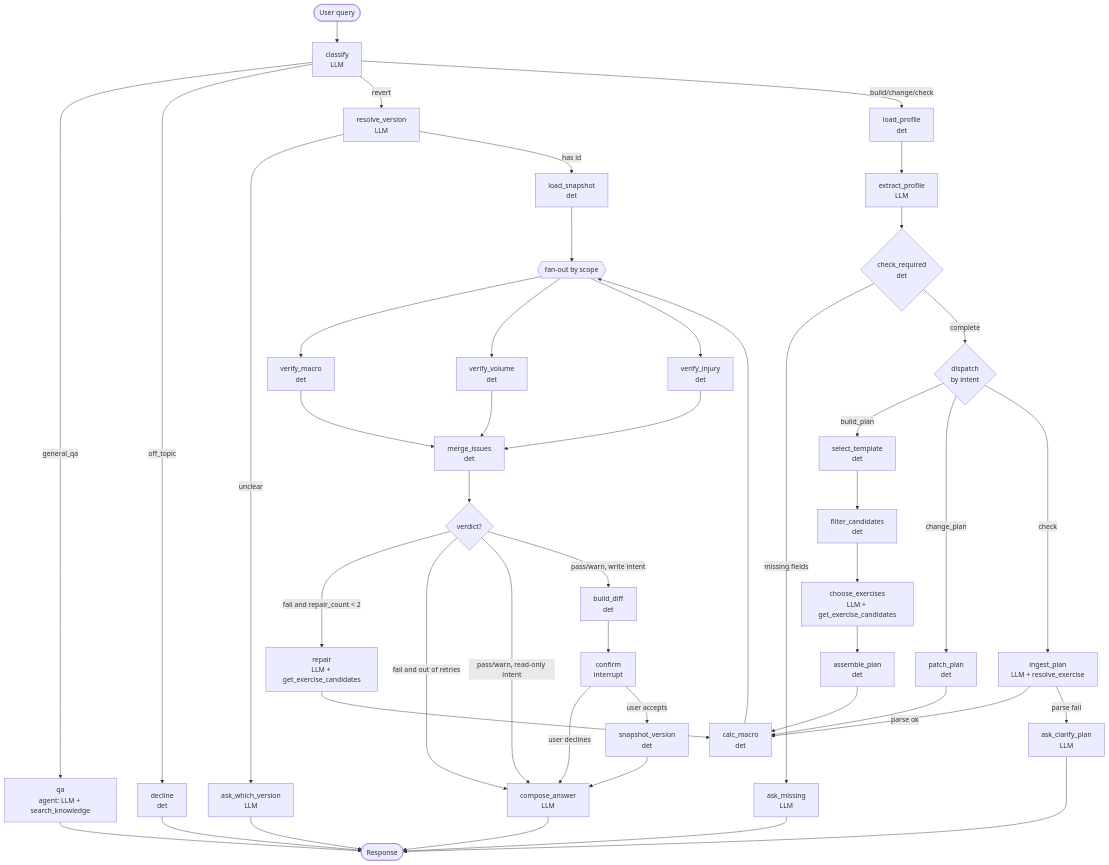
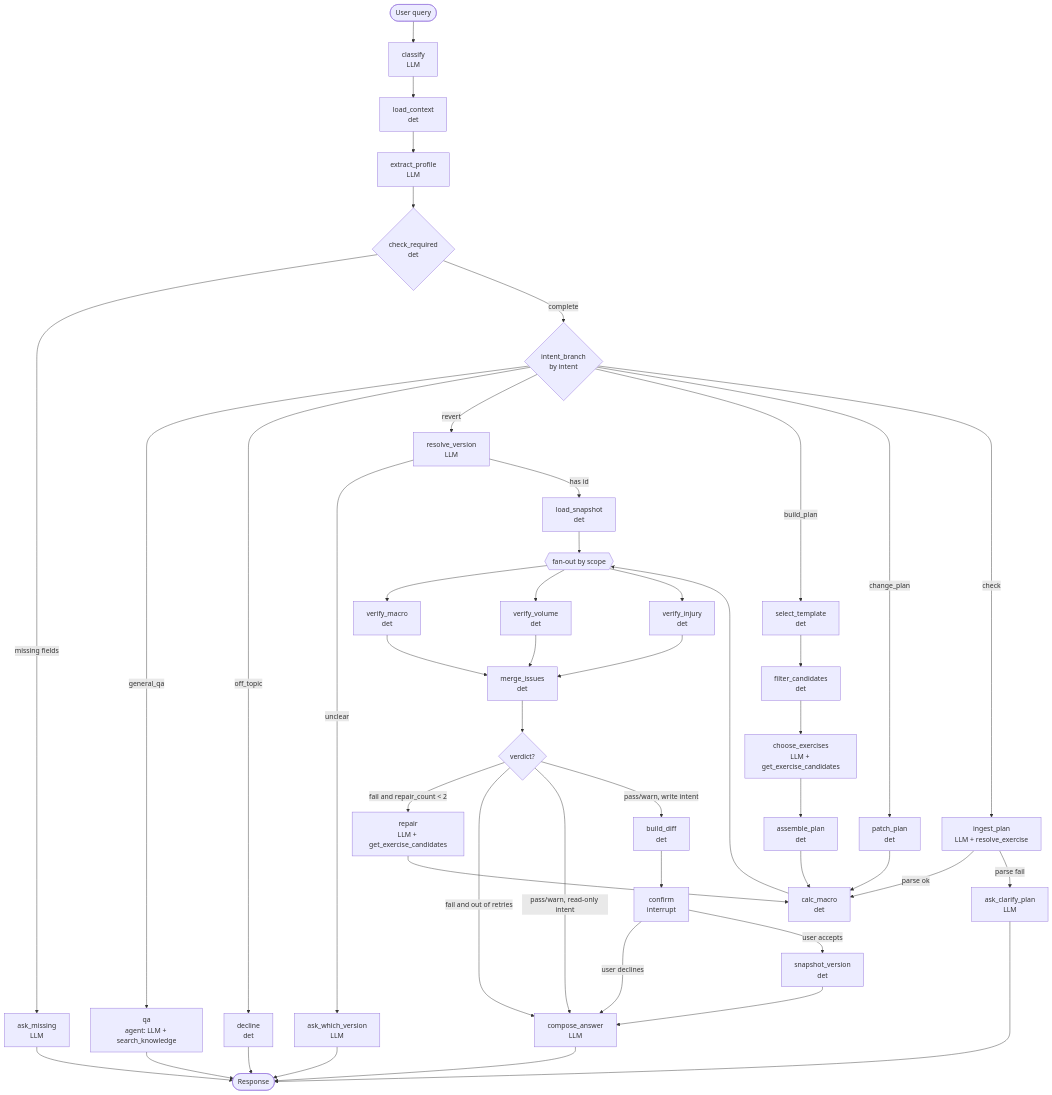
The first of 7 diagrams in docs/workflow.md (hoanhoang-agilityio/Assistant-Learning), drawn with Mermaid before and after one commit. The commit also changed other lines of this file and 3 other files, not shown here.

````diff
--- a/docs/workflow.md
+++ b/docs/workflow.md
@@ -213,59 +221,58 @@
 ```mermaid
 flowchart TD
     START([User query]) --> CLS["classify<br/>LLM"]
 
-    CLS -->|general_qa| QA["qa<br/>agent: LLM + search_knowledge"]
-    CLS -->|off_topic| DECL["decline<br/>det"]
-    CLS -->|revert| RESV["resolve_version<br/>LLM"]
-    CLS -->|build/change/check| LOADP["load_profile<br/>det"]
+    CLS --> LOADC["load_context<br/>det"]
+    LOADC --> EXTP["extract_profile<br/>LLM"]
+    EXTP --> CHKR{"check_required<br/>det"}
+    CHKR -->|missing fields| ASKM["ask_missing<br/>LLM"]
+    ASKM --> OUT
+    CHKR -->|complete| BRANCH{"intent_branch<br/>by intent"}
+
+    BRANCH -->|general_qa| QA["qa<br/>agent: LLM + search_knowledge"]
+    BRANCH -->|off_topic| DECL["decline<br/>det"]
+    BRANCH -->|revert| RESV["resolve_version<br/>LLM"]
+    BRANCH -->|build_plan| SELT["select_template<br/>det"]
+    BRANCH -->|change_plan| PATCH["patch_plan<br/>det"]
+    BRANCH -->|check| ING["ingest_plan<br/>LLM + resolve_exercise"]
 
     QA --> OUT
     DECL --> OUT
 
     RESV -->|unclear| ASKV["ask_which_version<br/>LLM"]
     RESV -->|has id| LOADS["load_snapshot<br/>det"]
     ASKV --> OUT
     LOADS --> GATE
-
-    LOADP --> EXTP["extract_profile<br/>LLM"]
-    EXTP --> CHKR{"check_required<br/>det"}
-    CHKR -->|missing fields| ASKM["ask_missing<br/>LLM"]
-    ASKM --> OUT
-    CHKR -->|complete| DISPATCH{"dispatch<br/>by intent"}
-
-    DISPATCH -->|build_plan| SELT["select_template<br/>det"]
-    DISPATCH -->|change_plan| PATCH["patch_plan<br/>det"]
-    DISPATCH -->|check| ING["ingest_plan<br/>LLM + resolve_exercise"]
 
     SELT --> FILT["filter_candidates<br/>det"]
     FILT --> CHOOSE["choose_exercises<br/>LLM + get_exercise_candidates"]
     CHOOSE --> ASM["assemble_plan<br/>det"]
 
     ASM --> CALC
     PATCH --> CALC
     ING -->|parse ok| CALC["calc_macro<br/>det"]
     ING -->|parse fail| ASKP["ask_clarify_plan<br/>LLM"]
     ASKP --> OUT
 
     CALC --> GATE{{"fan-out by scope"}}
     GATE --> VM["verify_macro<br/>det"]
     GATE --> VV["verify_volume<br/>det"]
     GATE --> VI["verify_injury<br/>det"]
 
     VM --> MRG["merge_issues<br/>det"]
     VV --> MRG
     VI --> MRG
 
     MRG --> VERD{"verdict?"}
     VERD -->|fail and repair_count < 2| REP["repair<br/>LLM + get_exercise_candidates"]
     REP --> CALC
     VERD -->|fail and out of retries| CMP
     VERD -->|pass/warn, read-only intent| CMP
     VERD -->|pass/warn, write intent| DIFF["build_diff<br/>det"]
 
     DIFF --> CONF["confirm<br/>interrupt"]
     CONF -->|user declines| CMP
     CONF -->|user accepts| SNAP["snapshot_version<br/>det"]
     SNAP --> CMP["compose_answer<br/>LLM"]
     CMP --> OUT([Response])
 ```
````
